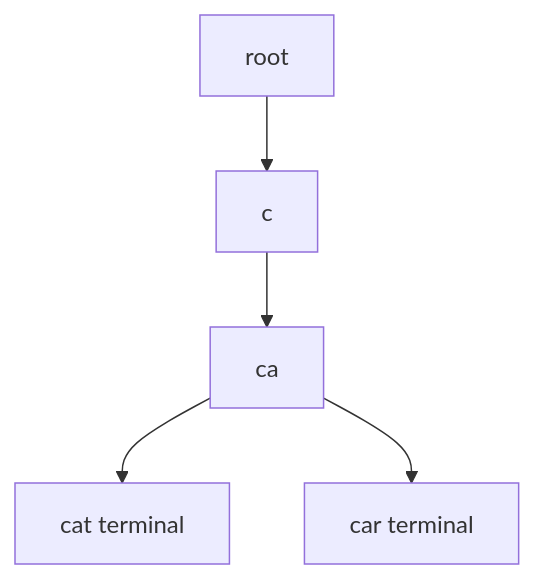
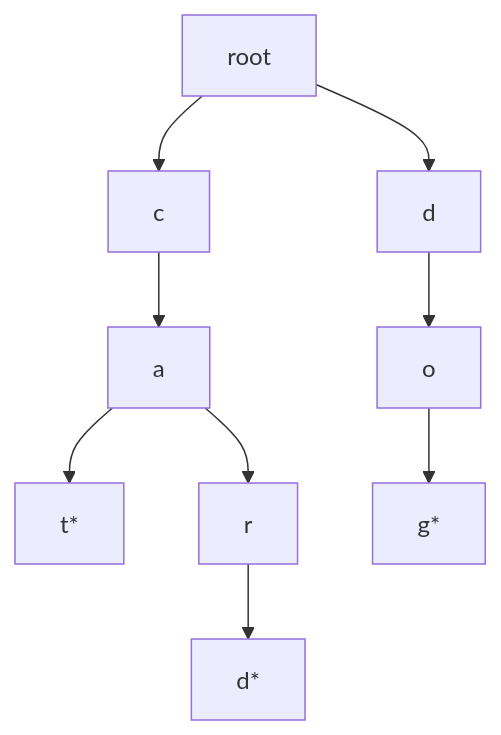
The diagram in tries/README.md (Icon1cc/Data-Structures-and-Algorithms), drawn with Mermaid before and after one commit. The commit also changed other lines of this file and 112 other files, not shown here.

````diff
--- a/tries/README.md
+++ b/tries/README.md
@@ -55,7 +62,11 @@
 ```mermaid
-flowchart TB
+flowchart TD
     R[root] --> C[c]
-    C --> A[ca]
-    A --> T[cat terminal]
-    A --> R2[car terminal]
+    C --> A[a]
+    A --> T[t*]
+    A --> R2[r]
+    R2 --> D[d*]
+    R --> D2[d]
+    D2 --> O[o]
+    O --> G[g*]
 ```
````
